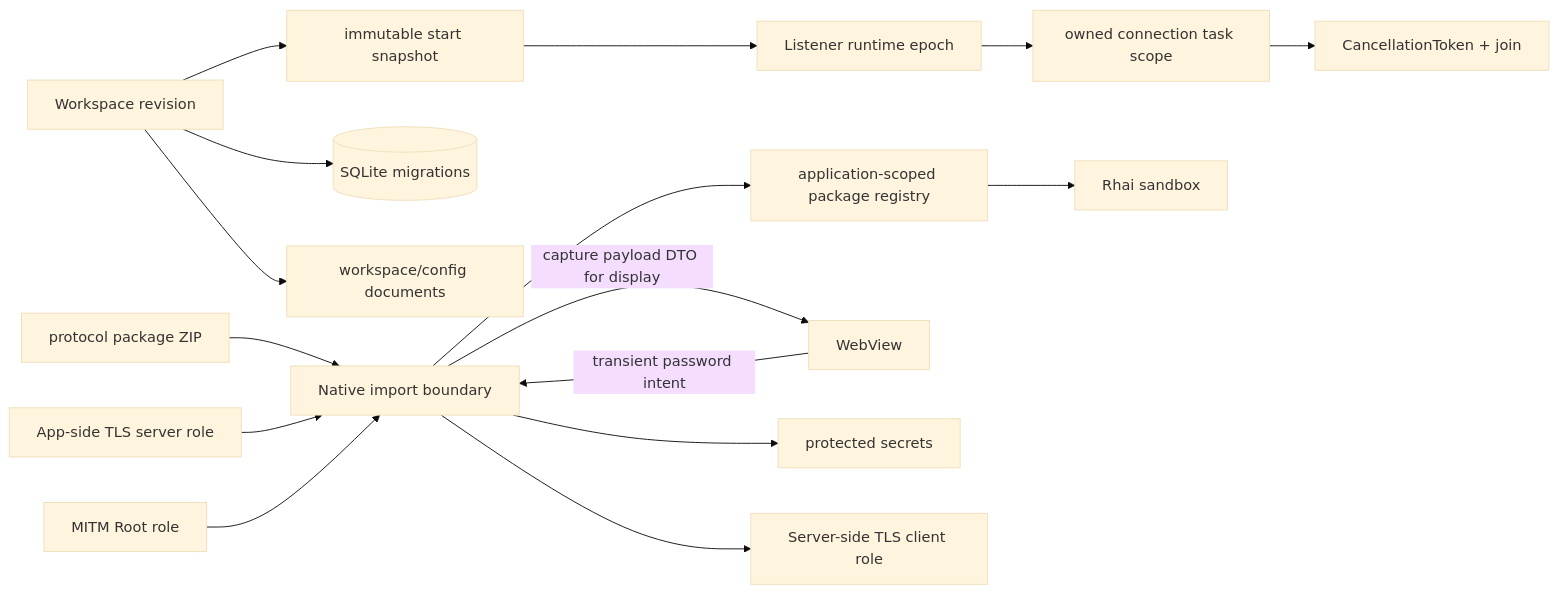
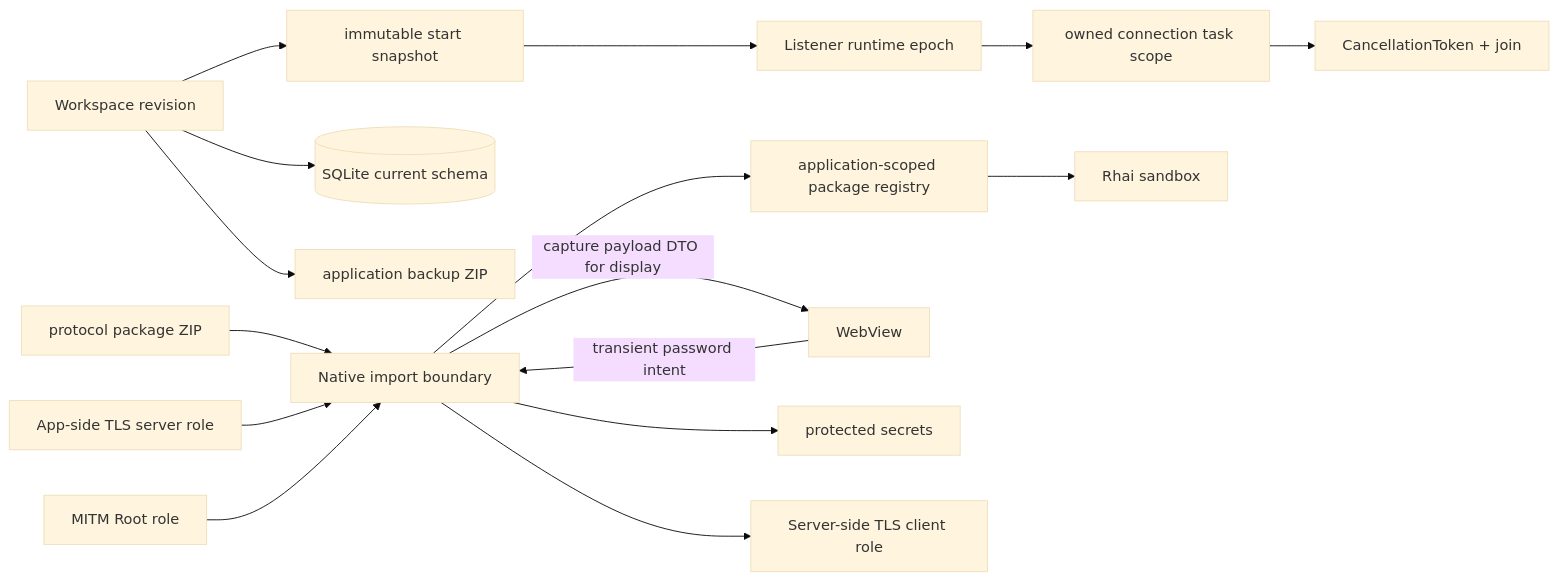
Before and after one commit to kouxko/gmofg-payment-proxy: the diagram in docs/architecture/lifecycle-persistence-security.md, drawn with Mermaid (base theme). The commit also changed other lines of this file and 324 other files, not shown here.

````diff
--- a/docs/architecture/lifecycle-persistence-security.md
+++ b/docs/architecture/lifecycle-persistence-security.md
@@ -5,18 +5,18 @@
 ```mermaid
 flowchart LR
   Workspace[Workspace revision] --> Snapshot[immutable start snapshot]
   Snapshot --> Epoch[Listener runtime epoch]
   Epoch --> Scope[owned connection task scope]
   Scope --> Cancel[CancellationToken + join]
-  Workspace --> DB[(SQLite migrations)]
-  Workspace --> Portable[workspace/config documents]
+  Workspace --> DB[(SQLite current schema)]
+  Workspace --> Portable[application backup ZIP]
   PackageZIP[protocol package ZIP] --> Native[Native import boundary]
   Native --> Registry[application-scoped package registry]
   WebView -->|transient password intent| Native
   Native -->|capture payload DTO for display| WebView
   Native --> Secrets[protected secrets]
   AppTLS[App-side TLS server role] --> Native
   Native --> ServerTLS[Server-side TLS client role]
   Mitm[MITM Root role] --> Native
   Registry --> Sandbox[Rhai sandbox]
 ```
````
